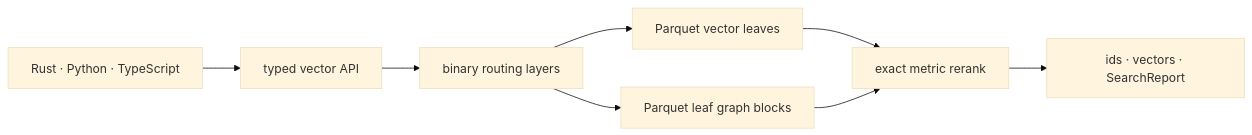
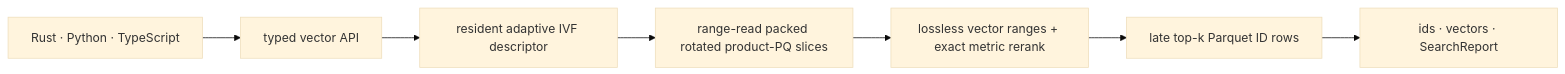
One commit to CausalityHQ/borsuk changed the diagram in README.md. Above: the diagram before and after it, drawn with Mermaid (base theme). The commit also changed other lines of this file and 579 other files, not shown here.

Commit message:
feat: stabilize production architecture and publication pipeline

````diff
--- a/README.md
+++ b/README.md
@@ -46,10 +52,9 @@
 ```mermaid
 flowchart LR
   app["Rust · Python · TypeScript"] --> api["typed vector API"]
-  api --> route["binary routing layers"]
-  route --> seg["Parquet vector leaves"]
-  route --> edges["Parquet leaf graph blocks"]
-  seg --> rerank["exact metric rerank"]
-  edges --> rerank
-  rerank --> out["ids · vectors · SearchReport"]
+  api --> route["resident adaptive IVF descriptor"]
+  route --> codes["range-read packed rotated product-PQ slices"]
+  codes --> rerank["lossless vector ranges + exact metric rerank"]
+  rerank --> ids["late top-k Parquet ID rows"]
+  ids --> out["ids · vectors · SearchReport"]
 ```
````
